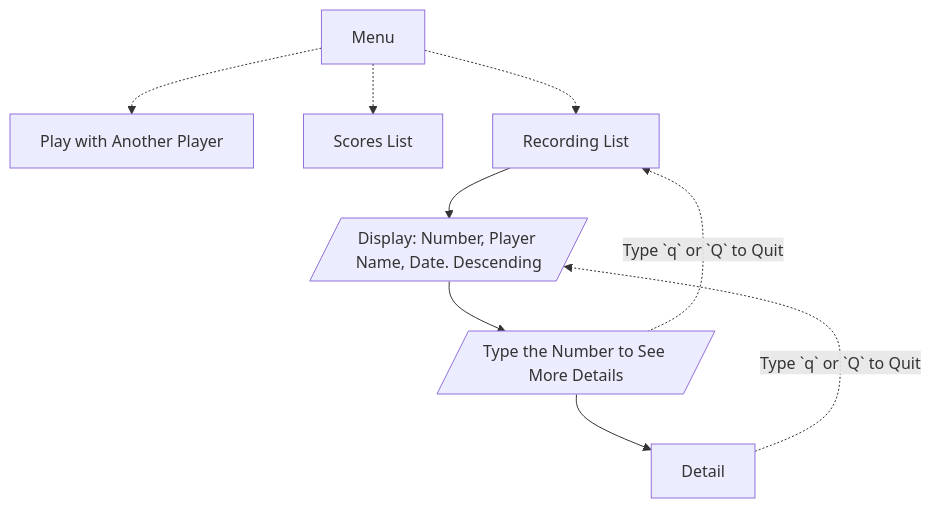
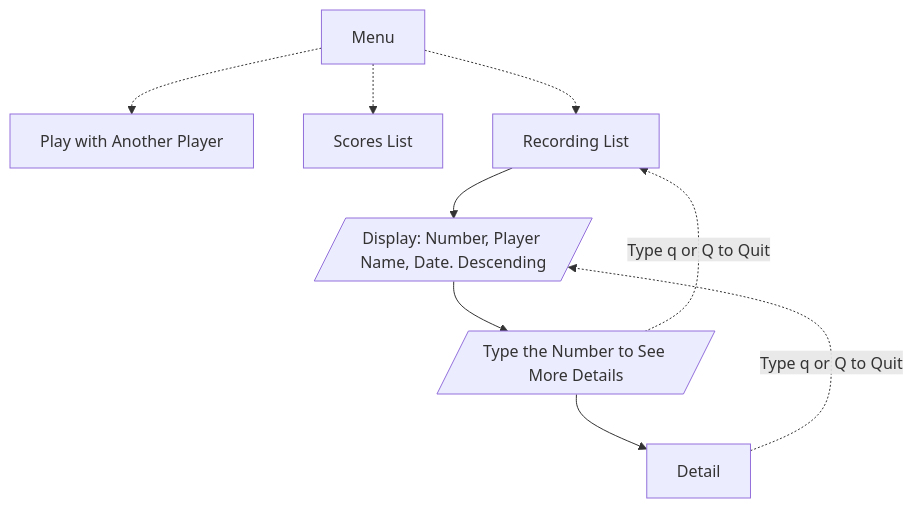
The third of 3 diagrams in doc/Flowchart.md (microzen/connect4), drawn with Mermaid before and after one commit. The commit also changed other lines of this file, not shown here.

Commit message:
Update Flowchart.md, bug fix

````diff
--- a/doc/Flowchart.md
+++ b/doc/Flowchart.md
@@ -59,14 +59,14 @@
 ```mermaid
 graph TD
 	Menu -.-> P[Play with Another Player]
 	Menu -.-> S[Scores List]
 	Menu -.-> R[Recording List]
 	R --> Display[/Display: Number, Player Name, Date. Descending/] --> 
 	Number[/Type the Number to See More Details/] -->
 	Detail 
-	Number -.-> |Type `q` or `Q` to Quit|R
-	Detail -.-> |Type `q` or `Q` to Quit|Display
+	Number -.-> |Type q or Q to Quit|R
+	Detail -.-> |Type q or Q to Quit|Display
 	Detail
 	%%Menu -.-> C[Play with Computer]%%
 
 ```
````
